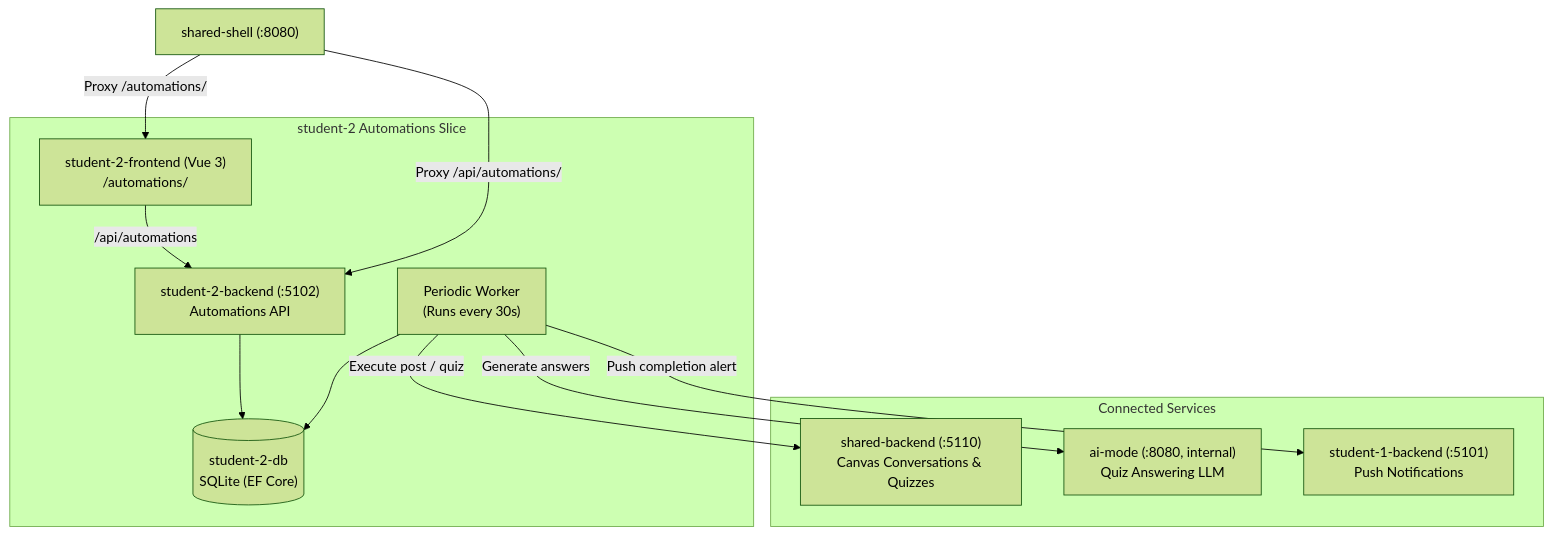
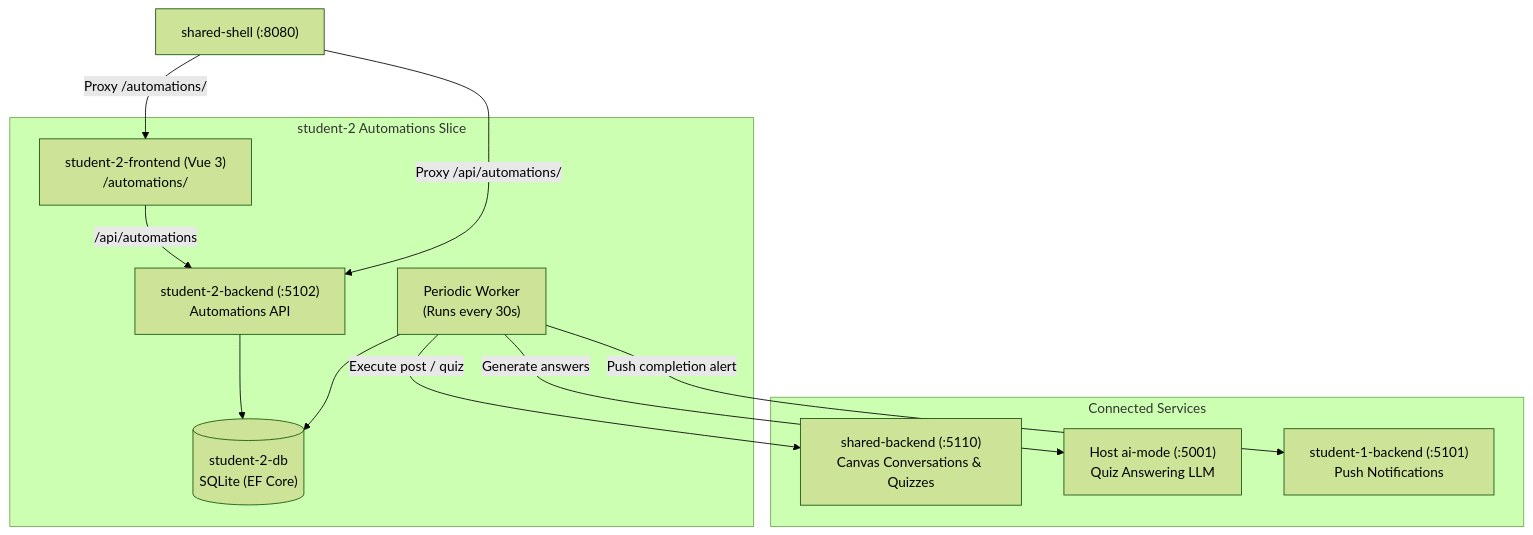
The diagram in student-2/README.md (AmAComputerNerd/41026--software-development-project), drawn with Mermaid (forest theme) before and after one commit. The commit also changed other lines of this file and 23 other files, not shown here.

````diff
--- a/student-2/README.md
+++ b/student-2/README.md
@@ -12,28 +12,28 @@
 ```mermaid
 flowchart TD
     Shell["shared-shell (:8080)"]
 
     subgraph Student2Slice["student-2 Automations Slice"]
         FE["student-2-frontend (Vue 3)<br>/automations/"]
         BE["student-2-backend (:5102)<br>Automations API"]
         Worker["Periodic Worker<br>(Runs every 30s)"]
         DB[("student-2-db<br>SQLite (EF Core)")]
         
         FE -- "/api/automations" --> BE
         BE --> DB
         Worker --> DB
     end
 
     subgraph ExternalServices["Connected Services"]
         SB["shared-backend (:5110)<br>Canvas Conversations & Quizzes"]
-        AIM["ai-mode (:8080, internal)<br>Quiz Answering LLM"]
+        AIM["Host ai-mode (:5001)<br>Quiz Answering LLM"]
         S1["student-1-backend (:5101)<br>Push Notifications"]
     end
 
     Shell -- "Proxy /automations/" --> FE
     Shell -- "Proxy /api/automations/" --> BE
 
     Worker -- "Execute post / quiz" --> SB
     Worker -- "Generate answers" --> AIM
     Worker -- "Push completion alert" --> S1
 ```
````
